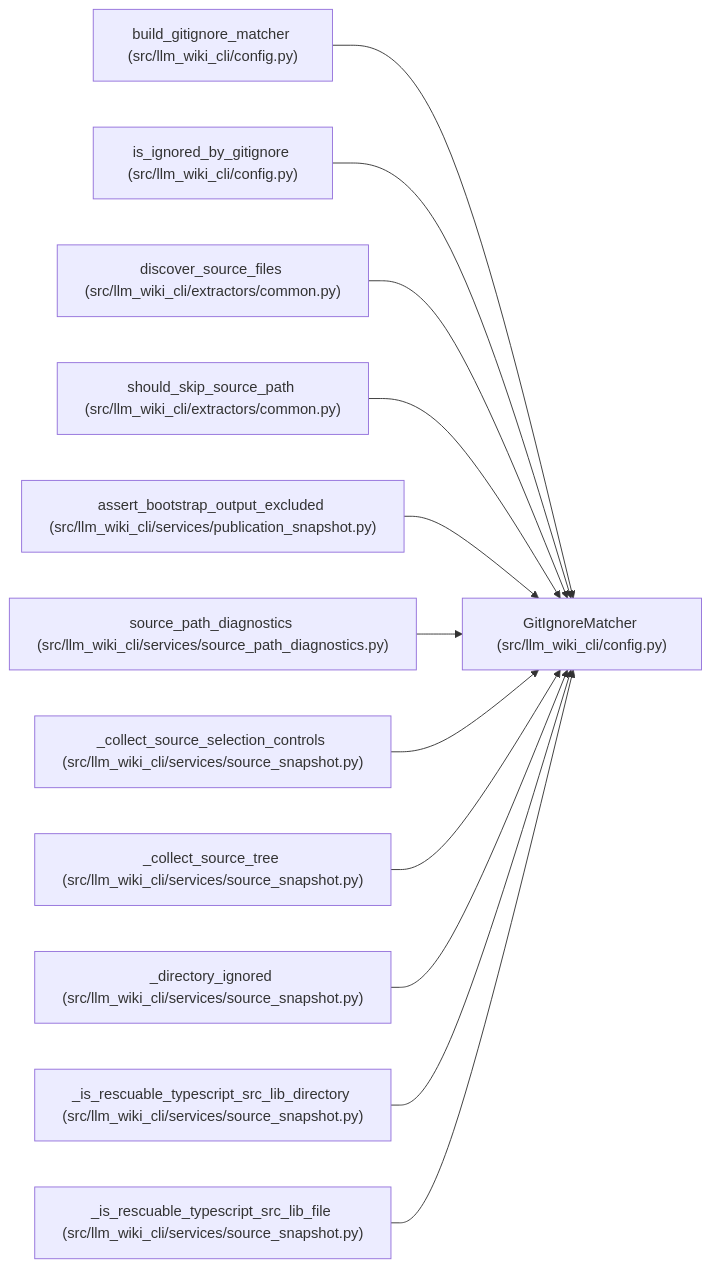
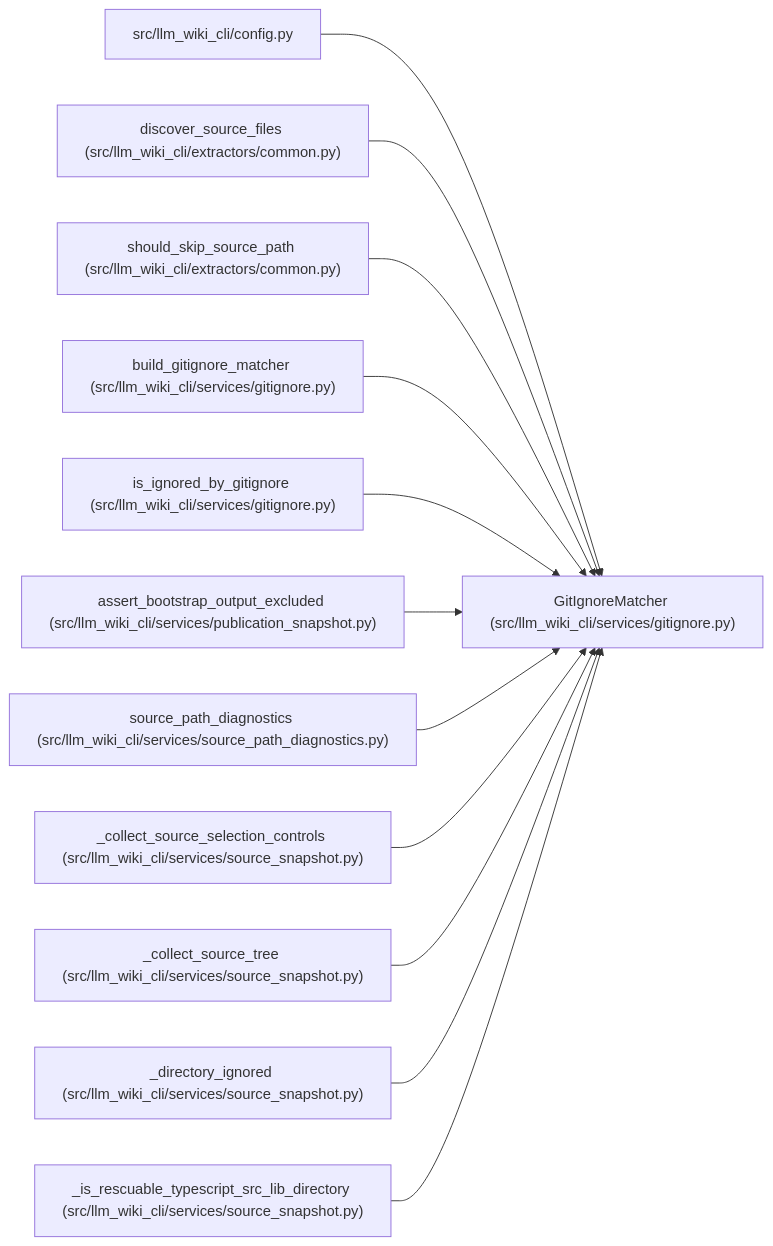
One commit to Denissvgn/python-wiki-llm changed the diagram in docs/llm_wiki/entities/GitIgnoreMatcher.md. Above: the diagram before and after it, drawn with Mermaid. The commit also changed other lines of this file and 1555 other files, not shown here.

````diff
--- a/docs/llm_wiki/entities/GitIgnoreMatcher.md
+++ b/docs/llm_wiki/entities/GitIgnoreMatcher.md
@@ -31,38 +31,38 @@
 ```mermaid
 flowchart LR
-    n0["GitIgnoreMatcher (src/llm_wiki_cli/config.py)"]
-    n1["build_gitignore_matcher (src/llm_wiki_cli/config.py)"]
-    n2["is_ignored_by_gitignore (src/llm_wiki_cli/config.py)"]
-    n3["discover_source_files (src/llm_wiki_cli/extractors/common.py)"]
-    n4["should_skip_source_path (src/llm_wiki_cli/extractors/common.py)"]
-    n5["assert_bootstrap_output_excluded (src/llm_wiki_cli/services/publication_snapshot.py)"]
-    n6["source_path_diagnostics (src/llm_wiki_cli/services/source_path_diagnostics.py)"]
-    n7["_collect_source_selection_controls (src/llm_wiki_cli/services/source_snapshot.py)"]
-    n8["_collect_source_tree (src/llm_wiki_cli/services/source_snapshot.py)"]
-    n9["_directory_ignored (src/llm_wiki_cli/services/source_snapshot.py)"]
-    n10["_is_rescuable_typescript_src_lib_directory (src/llm_wiki_cli/services/source_snapshot.py)"]
-    n11["_is_rescuable_typescript_src_lib_file (src/llm_wiki_cli/services/source_snapshot.py)"]
+    n0["GitIgnoreMatcher (src/llm_wiki_cli/services/gitignore.py)"]
+    n1["src/llm_wiki_cli/config.py"]
+    n2["discover_source_files (src/llm_wiki_cli/extractors/common.py)"]
+    n3["should_skip_source_path (src/llm_wiki_cli/extractors/common.py)"]
+    n4["build_gitignore_matcher (src/llm_wiki_cli/services/gitignore.py)"]
+    n5["is_ignored_by_gitignore (src/llm_wiki_cli/services/gitignore.py)"]
+    n6["assert_bootstrap_output_excluded (src/llm_wiki_cli/services/publication_snapshot.py)"]
+    n7["source_path_diagnostics (src/llm_wiki_cli/services/source_path_diagnostics.py)"]
+    n8["_collect_source_selection_controls (src/llm_wiki_cli/services/source_snapshot.py)"]
+    n9["_collect_source_tree (src/llm_wiki_cli/services/source_snapshot.py)"]
+    n10["_directory_ignored (src/llm_wiki_cli/services/source_snapshot.py)"]
+    n11["_is_rescuable_typescript_src_lib_directory (src/llm_wiki_cli/services/source_snapshot.py)"]
     n1 --> n0
     n2 --> n0
     n3 --> n0
     n4 --> n0
     n5 --> n0
     n6 --> n0
     n7 --> n0
     n8 --> n0
     n9 --> n0
     n10 --> n0
     n11 --> n0
-    click n0 "../modules/config.md"
+    click n0 "../modules/gitignore.md"
     click n1 "../modules/config.md"
-    click n2 "../modules/config.md"
+    click n2 "../modules/common.md"
     click n3 "../modules/common.md"
-    click n4 "../modules/common.md"
-    click n5 "../modules/publication_snapshot.md"
-    click n6 "../modules/source_path_diagnostics.md"
-    click n7 "../modules/source_snapshot.md"
+    click n4 "../modules/gitignore.md"
+    click n5 "../modules/gitignore.md"
+    click n6 "../modules/publication_snapshot.md"
+    click n7 "../modules/source_path_diagnostics.md"
     click n8 "../modules/source_snapshot.md"
     click n9 "../modules/source_snapshot.md"
     click n10 "../modules/source_snapshot.md"
     click n11 "../modules/source_snapshot.md"
 ```
````
